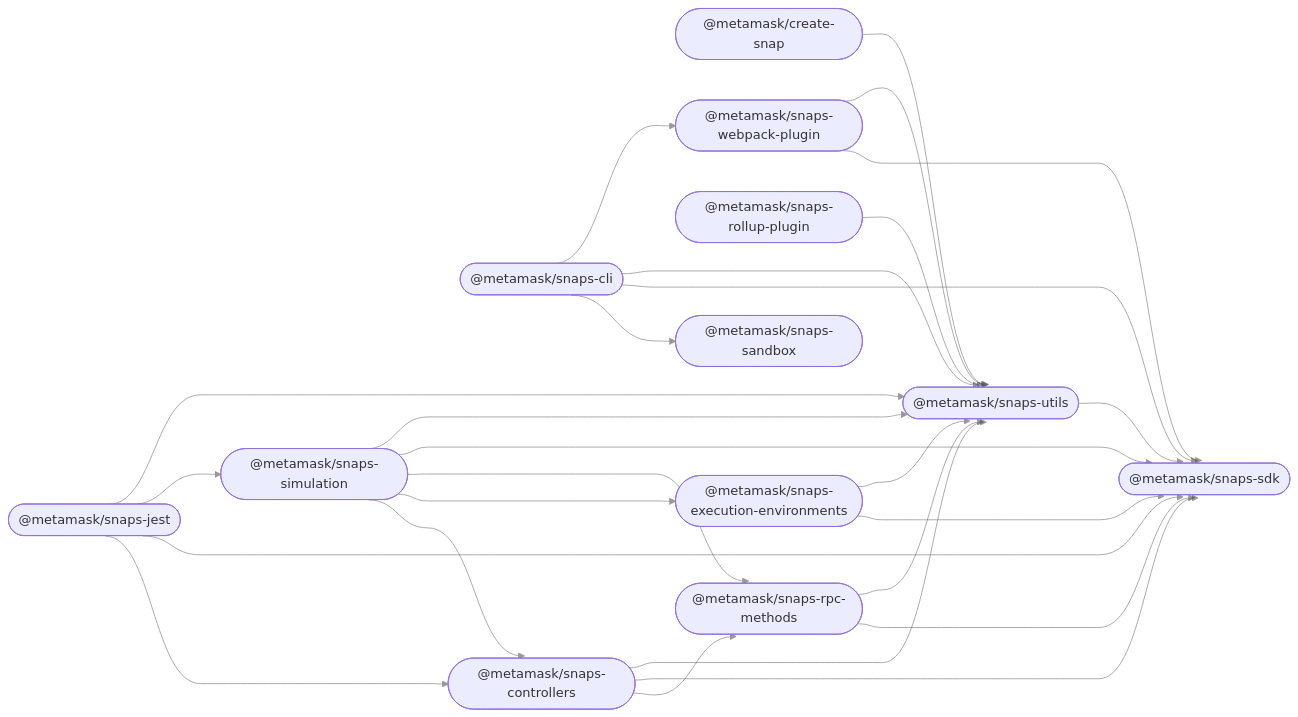
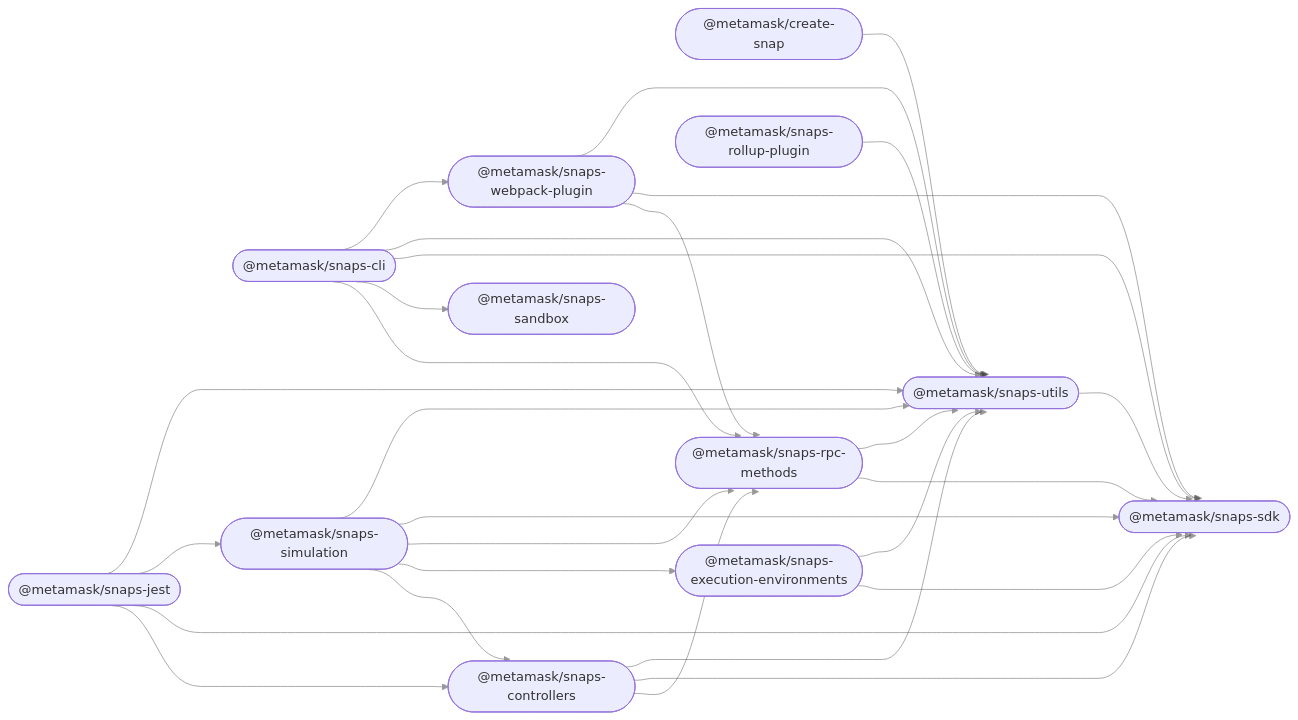
The diagram in README.md (MetaMask/snaps), drawn with Mermaid before and after one commit. The commit also changed 41 other files, not shown here.

First line of the commit message:
feat: Detect unused permissions in Snaps CLI (#3335)

````diff
--- a/README.md
+++ b/README.md
@@ -31,42 +31,44 @@
 ```mermaid
 %%{ init: { 'flowchart': { 'curve': 'bumpX' } } }%%
 graph LR;
 linkStyle default opacity:0.5
   create_snap(["@metamask/create-snap"]);
   snaps_cli(["@metamask/snaps-cli"]);
   snaps_controllers(["@metamask/snaps-controllers"]);
   snaps_execution_environments(["@metamask/snaps-execution-environments"]);
   snaps_jest(["@metamask/snaps-jest"]);
   snaps_rollup_plugin(["@metamask/snaps-rollup-plugin"]);
   snaps_rpc_methods(["@metamask/snaps-rpc-methods"]);
   snaps_sandbox(["@metamask/snaps-sandbox"]);
   snaps_sdk(["@metamask/snaps-sdk"]);
   snaps_simulation(["@metamask/snaps-simulation"]);
   snaps_utils(["@metamask/snaps-utils"]);
   snaps_webpack_plugin(["@metamask/snaps-webpack-plugin"]);
   create_snap --> snaps_utils;
+  snaps_cli --> snaps_rpc_methods;
   snaps_cli --> snaps_sandbox;
   snaps_cli --> snaps_sdk;
   snaps_cli --> snaps_utils;
   snaps_cli --> snaps_webpack_plugin;
   snaps_controllers --> snaps_rpc_methods;
   snaps_controllers --> snaps_sdk;
   snaps_controllers --> snaps_utils;
   snaps_execution_environments --> snaps_sdk;
   snaps_execution_environments --> snaps_utils;
   snaps_jest --> snaps_controllers;
   snaps_jest --> snaps_sdk;
   snaps_jest --> snaps_simulation;
   snaps_jest --> snaps_utils;
   snaps_rollup_plugin --> snaps_utils;
   snaps_rpc_methods --> snaps_sdk;
   snaps_rpc_methods --> snaps_utils;
   snaps_simulation --> snaps_controllers;
   snaps_simulation --> snaps_execution_environments;
   snaps_simulation --> snaps_rpc_methods;
   snaps_simulation --> snaps_sdk;
   snaps_simulation --> snaps_utils;
   snaps_utils --> snaps_sdk;
+  snaps_webpack_plugin --> snaps_rpc_methods;
   snaps_webpack_plugin --> snaps_sdk;
   snaps_webpack_plugin --> snaps_utils;
 ```
````
